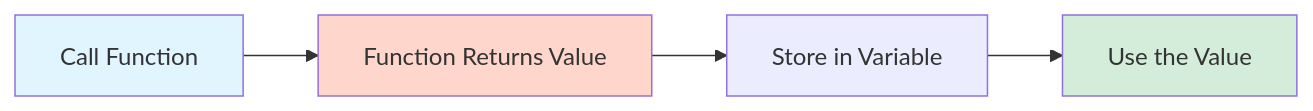
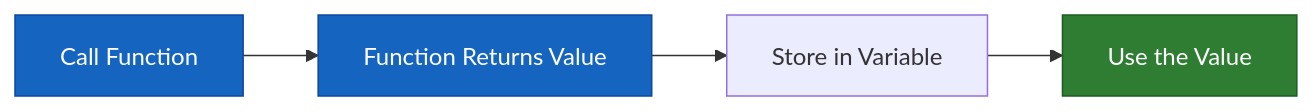
Before and after one commit to GedikEngin/CSU_CS150_SP26_Lab03: the second of 4 diagrams in newInstructions.md, drawn with Mermaid. The commit also changed other lines of this file, not shown here.

````diff
--- a/newInstructions.md
+++ b/newInstructions.md
@@ -88,10 +78,10 @@
 ```mermaid
 flowchart LR
     A[Call Function] --> B[Function Returns Value]
     B --> C[Store in Variable]
     C --> D[Use the Value]
-    
-    style A fill:#e1f5ff
-    style B fill:#ffd6cc
-    style D fill:#d4edda
+
+    style A fill:#1565c0,stroke:#0d47a1,color:#fff
+    style B fill:#1565c0,stroke:#0d47a1,color:#fff
+    style D fill:#2e7d32,stroke:#1b5e20,color:#fff
 ```
````
